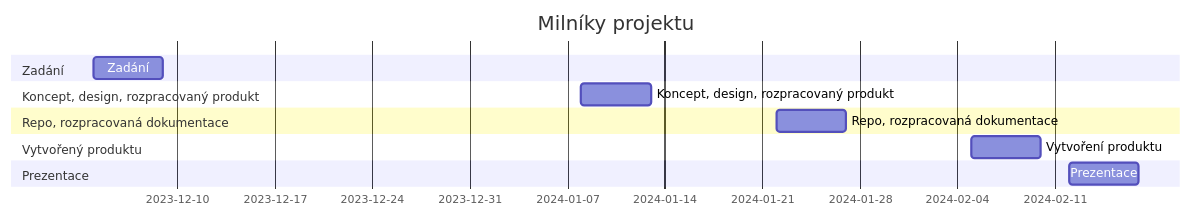
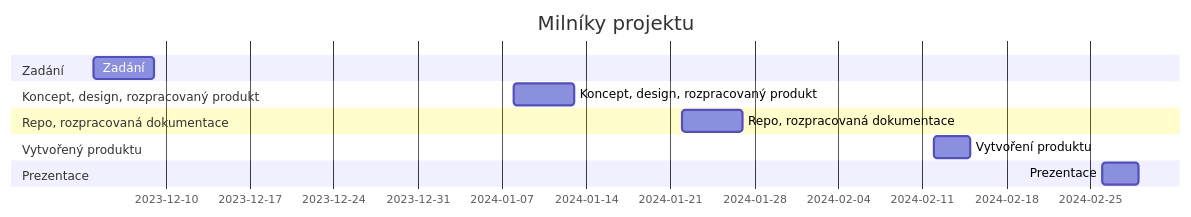
The diagram in zadani.md (Wlczak/4R-projekt-Mood-Lamp), drawn with Mermaid before and after one commit.

Commit message:
update mermaid

````diff
--- a/zadani.md
+++ b/zadani.md
@@ -24,15 +24,15 @@
 ```mermaid
 gantt
     title Milníky projektu
     dateFormat  YYYY-MM-DD
     section Zadání
     Zadání                    :a1, 2023-12-04, 5d
     section Koncept, design, rozpracovaný produkt
     Koncept, design, rozpracovaný produkt     :a2, 2024-01-08, 5d
     section Repo, rozpracovaná dokumentace
     Repo, rozpracovaná dokumentace        :a3, 2024-01-22, 5d
     section Vytvořený produktu
-    Vytvoření produktu       :a4, 2024-02-05, 5d
+    Vytvoření produktu       :a4, 2024-02-12, 3d
     section Prezentace
-    Prezentace                :a5, 2024-02-12, 5d
+    Prezentace                :a5, 2024-02-26, 3d
 ```
````
